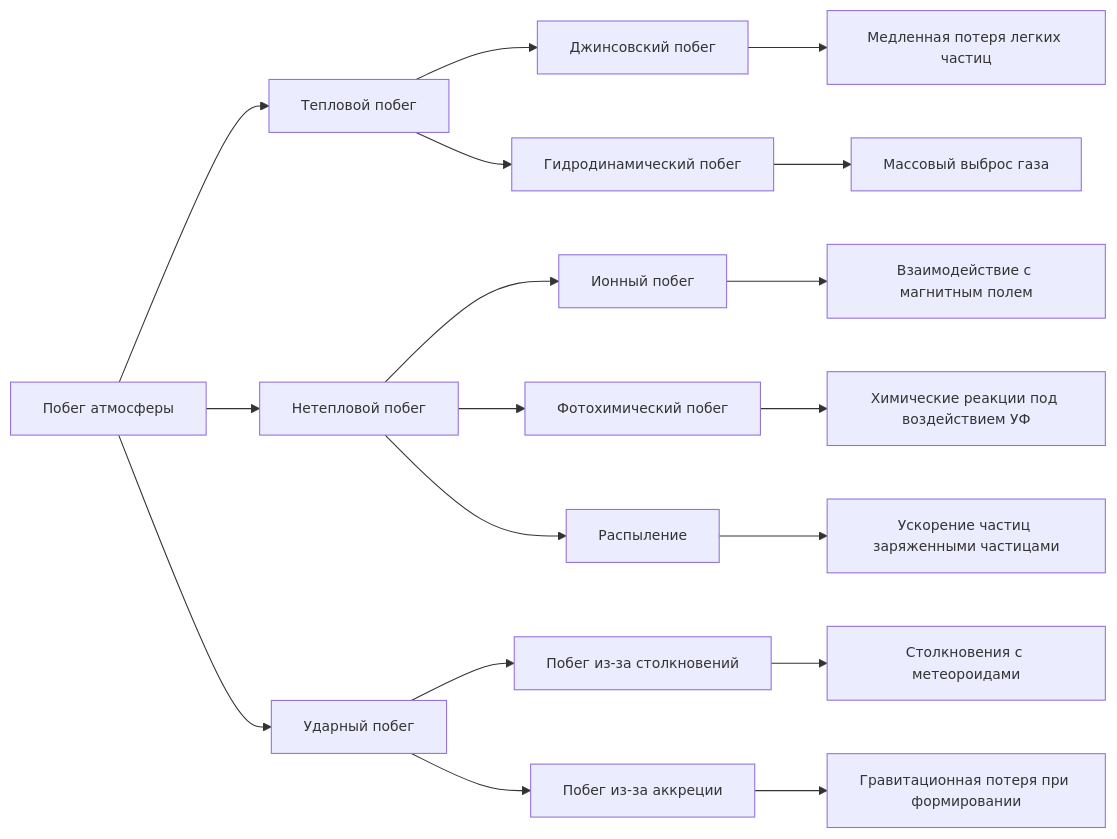
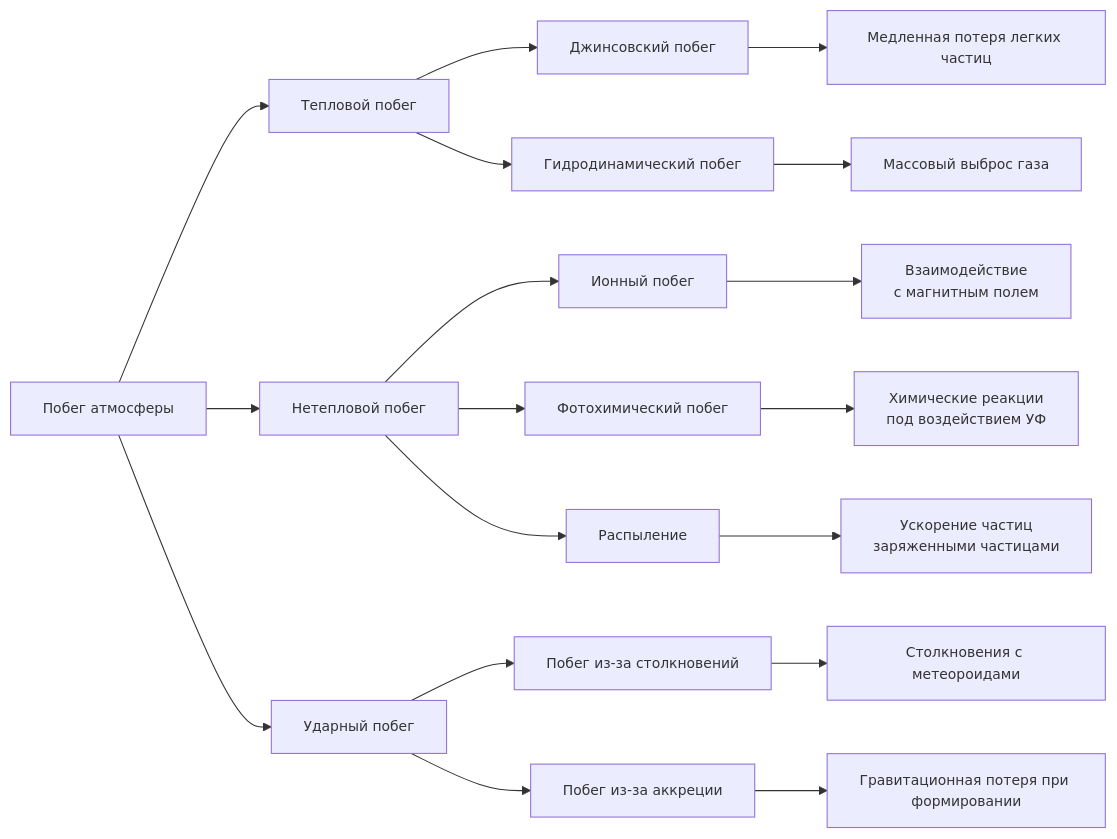
One commit to arthur-fomin/atmoescape changed the first of 2 diagrams in notes/общие-соображения.md. Above: the diagram before and after it, drawn with Mermaid.

Commit message:
2025-06-Jun 16, 2025-21-26-41

````diff
--- a/notes/общие-соображения.md
+++ b/notes/общие-соображения.md
@@ -19,29 +19,29 @@
 ```mermaid
 %%{init: {'themeVariables': {
     'fontSize': '13px'
 }}}%%
 graph LR
     A[Побег атмосферы] --> B[Тепловой побег]
     A --> C[Нетепловой побег]
     A --> D[Ударный побег]
 
     B --> B1[Джинсовский побег]
     B --> B2["Гидродинамический побег"]
 
     C --> C1[Ионный побег]
     C --> C2[Фотохимический побег]
     C --> C3[Распыление]
 
     D --> D1[Побег из-за столкновений]
     D --> D2[Побег из-за аккреции]
 
     B1 --> B1a[Медленная потеря легких частиц]
     B2 --> B2a[Массовый выброс газа]
 
-    C1 --> C1a[Взаимодействие с магнитным полем]
-    C2 --> C2a[Химические реакции под воздействием УФ]
-    C3 --> C3a[Ускорение частиц заряженными частицами]
+    C1 --> C1a[Взаимодействие <br> с магнитным полем]
+    C2 --> C2a[Химические реакции <br> под воздействием УФ]
+    C3 --> C3a[Ускорение частиц <br> заряженными частицами]
 
     D1 --> D1a[Столкновения с метеороидами]
     D2 --> D2a[Гравитационная потеря при формировании]
 ```
````
